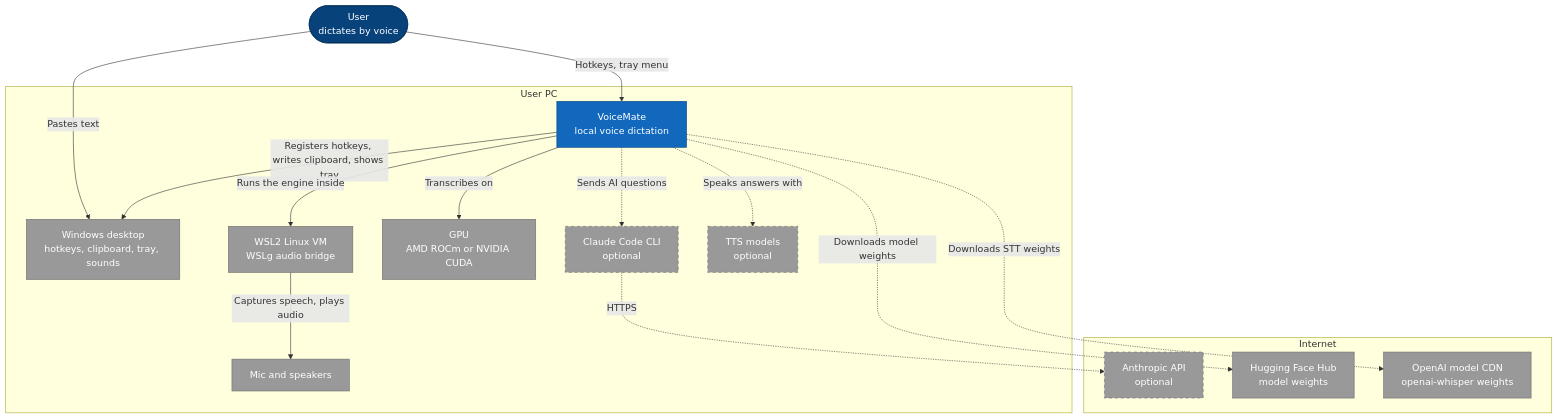
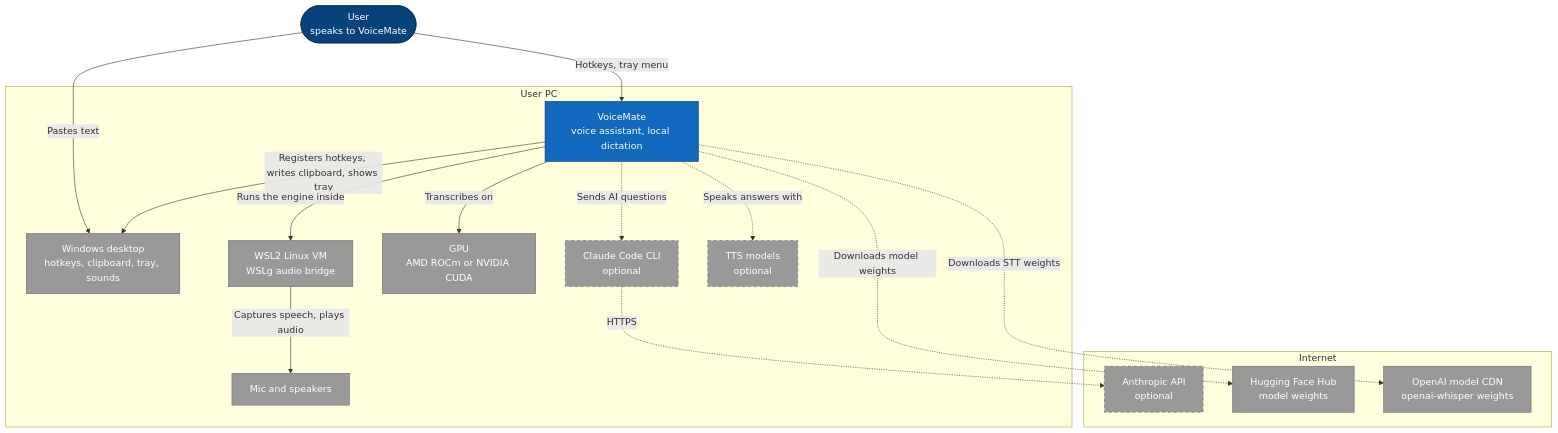
The first of 8 diagrams in docs/architecture.md (nano-br/voice-mate), drawn with Mermaid before and after one commit. The commit also changed other lines of this file and 29 other files, not shown here.

````diff
--- a/docs/architecture.md
+++ b/docs/architecture.md
@@ -11,41 +13,41 @@
 ```mermaid
 flowchart TB
-    user(["User<br/>dictates by voice"])
+    user(["User<br/>speaks to VoiceMate"])
 
     subgraph pc["User PC"]
-        vm["VoiceMate<br/>local voice dictation"]
+        vm["VoiceMate<br/>voice assistant, local dictation"]
         win["Windows desktop<br/>hotkeys, clipboard, tray, sounds"]
         wsl["WSL2 Linux VM<br/>WSLg audio bridge"]
         gpu["GPU<br/>AMD ROCm or NVIDIA CUDA"]
         audio["Mic and speakers"]
         cli["Claude Code CLI<br/>optional"]
         tts["TTS models<br/>optional"]
     end
 
     subgraph net["Internet"]
         api["Anthropic API<br/>optional"]
         hf["Hugging Face Hub<br/>model weights"]
         cdn["OpenAI model CDN<br/>openai-whisper weights"]
     end
 
     user -->|"Hotkeys, tray menu"| vm
     user -->|"Pastes text"| win
     vm -->|"Registers hotkeys, writes clipboard, shows tray"| win
     vm -->|"Runs the engine inside"| wsl
     wsl -->|"Captures speech, plays audio"| audio
     vm -->|"Transcribes on"| gpu
     vm -.->|"Sends AI questions"| cli
     cli -.->|"HTTPS"| api
     vm -.->|"Speaks answers with"| tts
     vm -.->|"Downloads model weights"| hf
     vm -.->|"Downloads STT weights"| cdn
 
     classDef person fill:#08427b,stroke:#052e56,color:#ffffff
     classDef system fill:#1168bd,stroke:#0b4884,color:#ffffff
     classDef external fill:#999999,stroke:#6b6b6b,color:#ffffff
     classDef optional fill:#999999,stroke:#6b6b6b,color:#ffffff,stroke-dasharray:5 5
     class user person
     class vm system
     class win,wsl,gpu,audio,hf,cdn external
     class cli,tts,api optional
 ```
````
